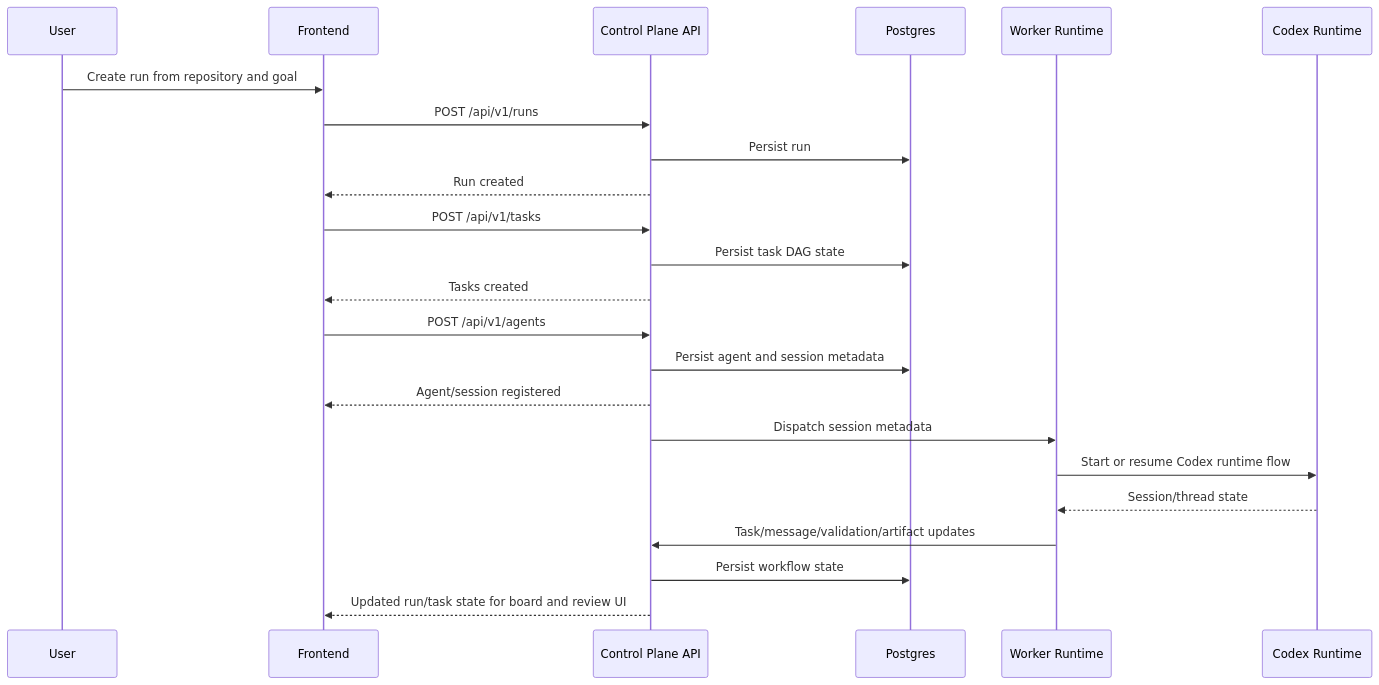
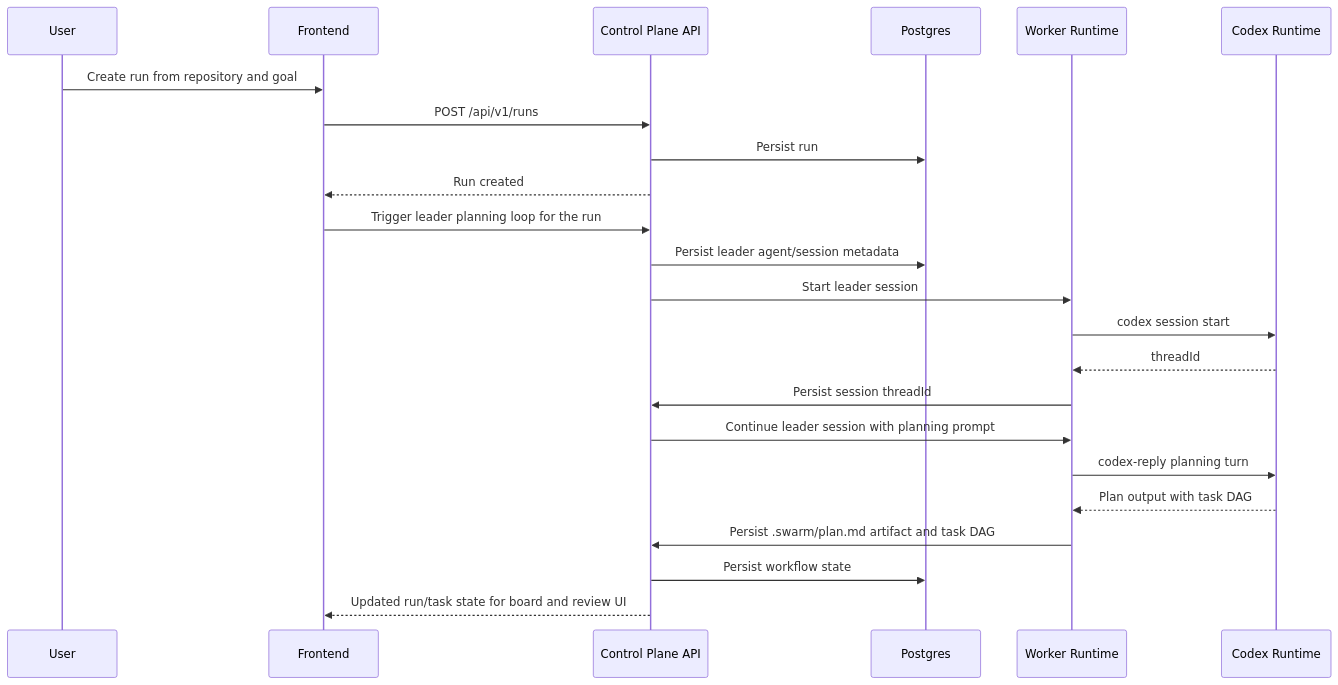
The second of 3 diagrams in docs/architecture/system-context-and-sequences.md (beisel-it/codex-swarm), drawn with Mermaid before and after one commit. The commit also changed 10 other files, not shown here.

Commit message:
Implement leader orchestration planning loop

````diff
--- a/docs/architecture/system-context-and-sequences.md
+++ b/docs/architecture/system-context-and-sequences.md
@@ -40,29 +40,27 @@
 ```mermaid
 sequenceDiagram
     participant U as User
     participant F as Frontend
     participant A as Control Plane API
     participant D as Postgres
     participant W as Worker Runtime
     participant C as Codex Runtime
 
     U->>F: Create run from repository and goal
     F->>A: POST /api/v1/runs
     A->>D: Persist run
     A-->>F: Run created
 
-    F->>A: POST /api/v1/tasks
-    A->>D: Persist task DAG state
-    A-->>F: Tasks created
-
-    F->>A: POST /api/v1/agents
-    A->>D: Persist agent and session metadata
-    A-->>F: Agent/session registered
-
-    A->>W: Dispatch session metadata
-    W->>C: Start or resume Codex runtime flow
-    C-->>W: Session/thread state
-    W->>A: Task/message/validation/artifact updates
+    F->>A: Trigger leader planning loop for the run
+    A->>D: Persist leader agent/session metadata
+    A->>W: Start leader session
+    W->>C: codex session start
+    C-->>W: threadId
+    W->>A: Persist session threadId
+    A->>W: Continue leader session with planning prompt
+    W->>C: codex-reply planning turn
+    C-->>W: Plan output with task DAG
+    W->>A: Persist .swarm/plan.md artifact and task DAG
     A->>D: Persist workflow state
     A-->>F: Updated run/task state for board and review UI
 ```
````
